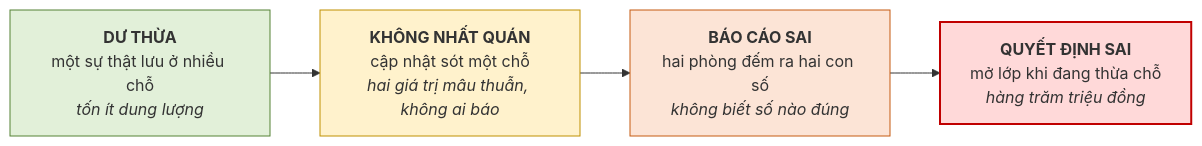
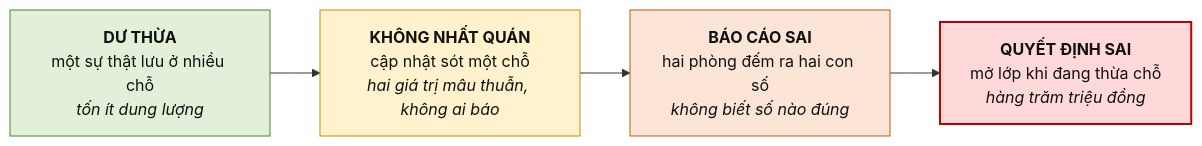
Before and after one commit to CuongNguyenDAU/csdl-dbs201: the second of 2 diagrams in docs/chuong-1/1-3-vi-sao-can-co-so-du-lieu.md, drawn with Mermaid. The commit also changed other lines of this file and 123 other files, not shown here.

Commit message:
Cập nhật bài giảng v7: sơ đồ ER ký pháp Chen, hình minh họa tự vẽ, mở rộng toàn diện Chương 5 và bổ sung lời giải A4, B5

````diff
--- a/docs/chuong-1/1-3-vi-sao-can-co-so-du-lieu.md
+++ b/docs/chuong-1/1-3-vi-sao-can-co-so-du-lieu.md
@@ -104,10 +100,10 @@
 ```mermaid
 flowchart LR
     A["<b>DƯ THỪA</b><br/>một sự thật lưu ở nhiều chỗ<br/><i>tốn ít dung lượng</i>"] --> B["<b>KHÔNG NHẤT QUÁN</b><br/>cập nhật sót một chỗ<br/><i>hai giá trị mâu thuẫn, không ai báo</i>"]
     B --> C["<b>BÁO CÁO SAI</b><br/>hai phòng đếm ra hai con số<br/><i>không biết số nào đúng</i>"]
     C --> D["<b>QUYẾT ĐỊNH SAI</b><br/>mở lớp khi đang thừa chỗ<br/><i>hàng trăm triệu đồng</i>"]
-    style A fill:#E2F0D9,stroke:#548235
-    style B fill:#FFF2CC,stroke:#BF9000
-    style C fill:#FCE4D6,stroke:#C55A11
-    style D fill:#FFD9D9,stroke:#C00000,stroke-width:2px
+    style A fill:#E2F0D9,stroke:#548235,color:#111111
+    style B fill:#FFF2CC,stroke:#BF9000,color:#111111
+    style C fill:#FCE4D6,stroke:#C55A11,color:#111111
+    style D fill:#FFD9D9,stroke:#C00000,stroke-width:2px,color:#111111
 ```
````
